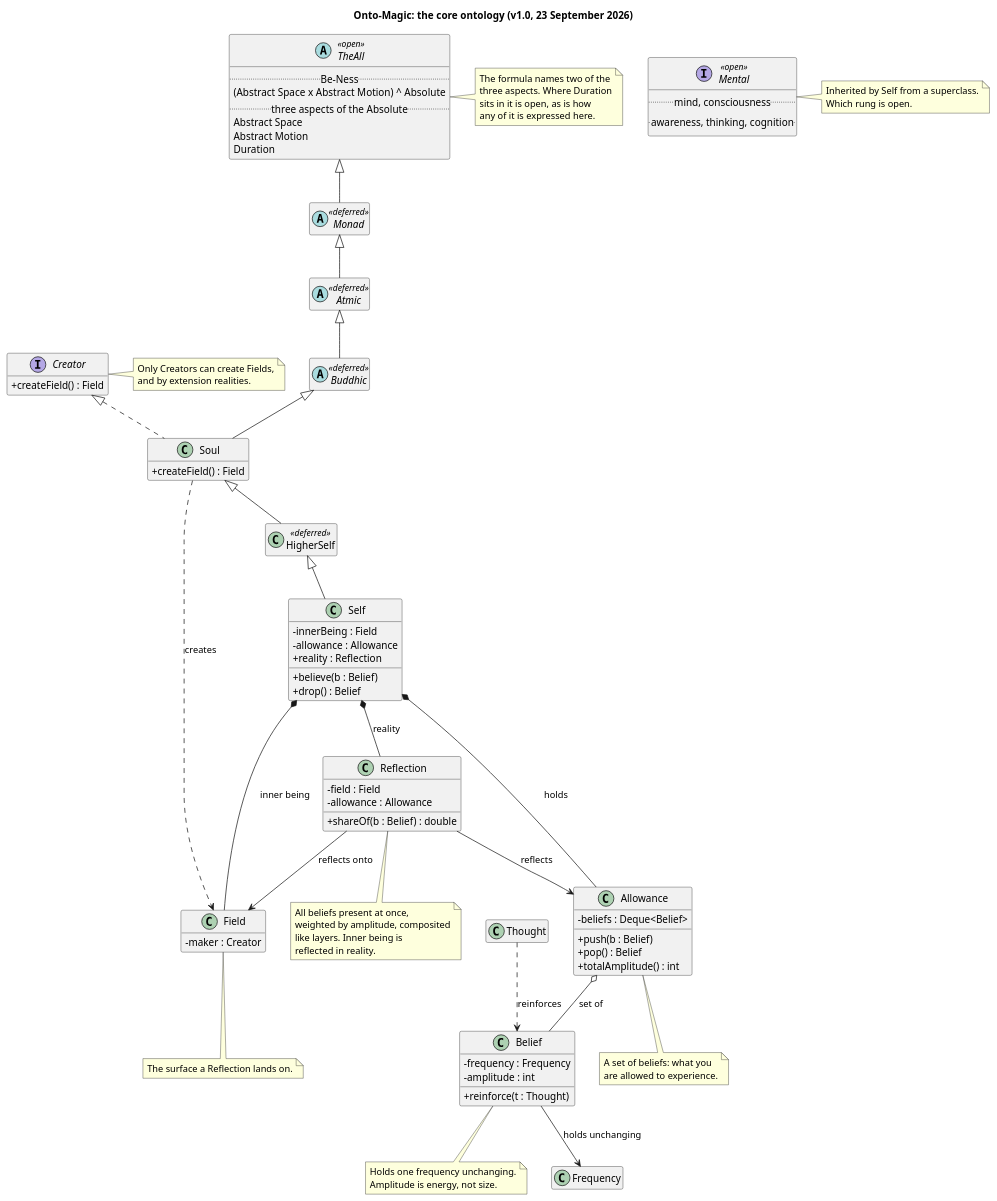
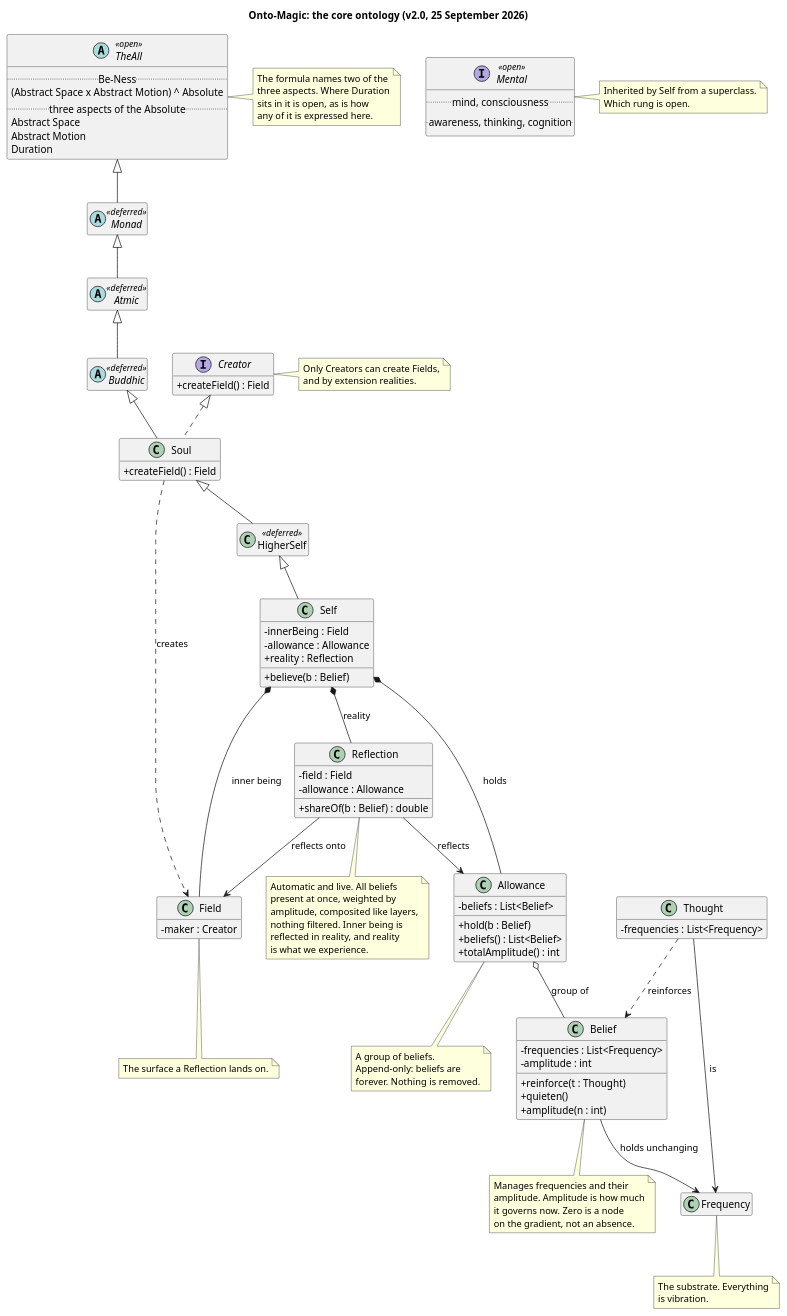
The diagram in all.puml (Dlozlami/onto-magic), drawn with PlantUML before and after one commit. The commit also changed 10 other files, not shown here.

Commit message:
Core ontology v2.0: vibration as substrate, beliefs forever, amplitude on a gradient

```diff
--- a/all.puml
+++ b/all.puml
@@ -1,119 +1,133 @@
 @startuml all
-title Onto-Magic: the core ontology (v1.0, 23 September 2026)
+title Onto-Magic: the core ontology (v2.0, 25 September 2026)
 
 skinparam classAttributeIconSize 0
 skinparam shadowing false
 hide empty members
 
 abstract class TheAll <<open>> {
   .. Be-Ness ..
   (Abstract Space x Abstract Motion) ^ Absolute
   .. three aspects of the Absolute ..
   Abstract Space
   Abstract Motion
   Duration
 }
 note right of TheAll
   The formula names two of the
   three aspects. Where Duration
   sits in it is open, as is how
   any of it is expressed here.
 end note
 
 abstract class Monad <<deferred>>
 abstract class Atmic <<deferred>>
 abstract class Buddhic <<deferred>>
 
 interface Creator {
   + createField() : Field
 }
 note right of Creator
   Only Creators can create Fields,
   and by extension realities.
 end note
 
 class Soul {
   + createField() : Field
 }
 
 class HigherSelf <<deferred>>
 
 class Self {
   - innerBeing : Field
   - allowance : Allowance
   + reality : Reflection
   + believe(b : Belief)
-  + drop() : Belief
 }
 
 class Field {
   - maker : Creator
 }
 note bottom of Field
   The surface a Reflection lands on.
 end note
 
 class Allowance {
-  - beliefs : Deque<Belief>
-  + push(b : Belief)
-  + pop() : Belief
+  - beliefs : List<Belief>
+  + hold(b : Belief)
+  + beliefs() : List<Belief>
   + totalAmplitude() : int
 }
 note bottom of Allowance
-  A set of beliefs: what you
-  are allowed to experience.
+  A group of beliefs.
+  Append-only: beliefs are
+  forever. Nothing is removed.
 end note
 
 class Belief {
-  - frequency : Frequency
+  - frequencies : List<Frequency>
   - amplitude : int
   + reinforce(t : Thought)
+  + quieten()
+  + amplitude(n : int)
 }
 note bottom of Belief
-  Holds one frequency unchanging.
-  Amplitude is energy, not size.
+  Manages frequencies and their
+  amplitude. Amplitude is how much
+  it governs now. Zero is a node
+  on the gradient, not an absence.
 end note
 
 class Frequency
-class Thought
+note bottom of Frequency
+  The substrate. Everything
+  is vibration.
+end note
+
+class Thought {
+  - frequencies : List<Frequency>
+}
 
 class Reflection {
   - field : Field
   - allowance : Allowance
   + shareOf(b : Belief) : double
 }
 note bottom of Reflection
-  All beliefs present at once,
-  weighted by amplitude, composited
-  like layers. Inner being is
-  reflected in reality.
+  Automatic and live. All beliefs
+  present at once, weighted by
+  amplitude, composited like layers,
+  nothing filtered. Inner being is
+  reflected in reality, and reality
+  is what we experience.
 end note
 
 interface Mental <<open>> {
   .. mind, consciousness ..
   .. awareness, thinking, cognition ..
 }
 note right of Mental
   Inherited by Self from a superclass.
   Which rung is open.
 end note
 
 TheAll <|-- Monad
 Monad <|-- Atmic
 Atmic <|-- Buddhic
 Buddhic <|-- Soul
 Creator <|.. Soul
 Soul <|-- HigherSelf
 HigherSelf <|-- Self
 
 Soul ..> Field : creates
 Self *-- Field : inner being
 Self *-- Allowance : holds
 Self *-- Reflection : reality
 Reflection --> Field : reflects onto
 Reflection --> Allowance : reflects
-Allowance o-- Belief : set of
+Allowance o-- Belief : group of
 Belief --> Frequency : holds unchanging
+Thought --> Frequency : is
 Thought ..> Belief : reinforces
 
 @enduml
```
